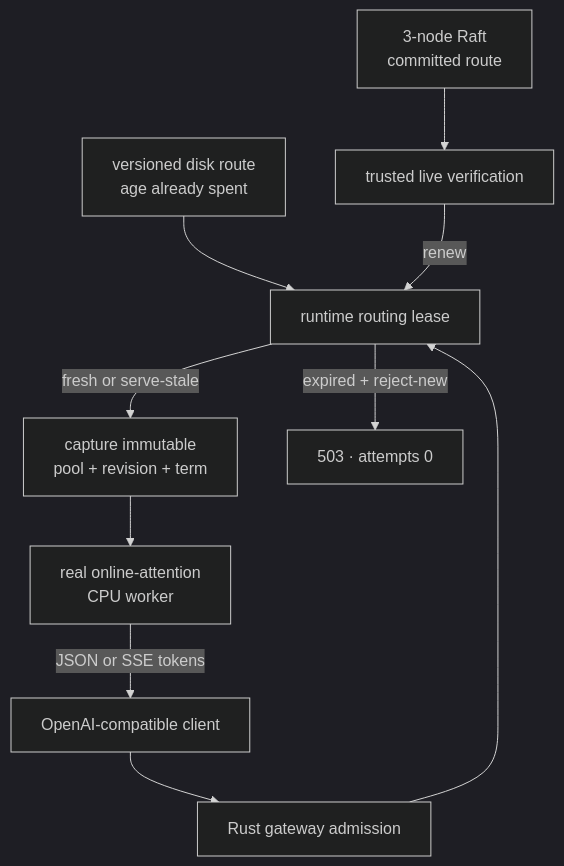
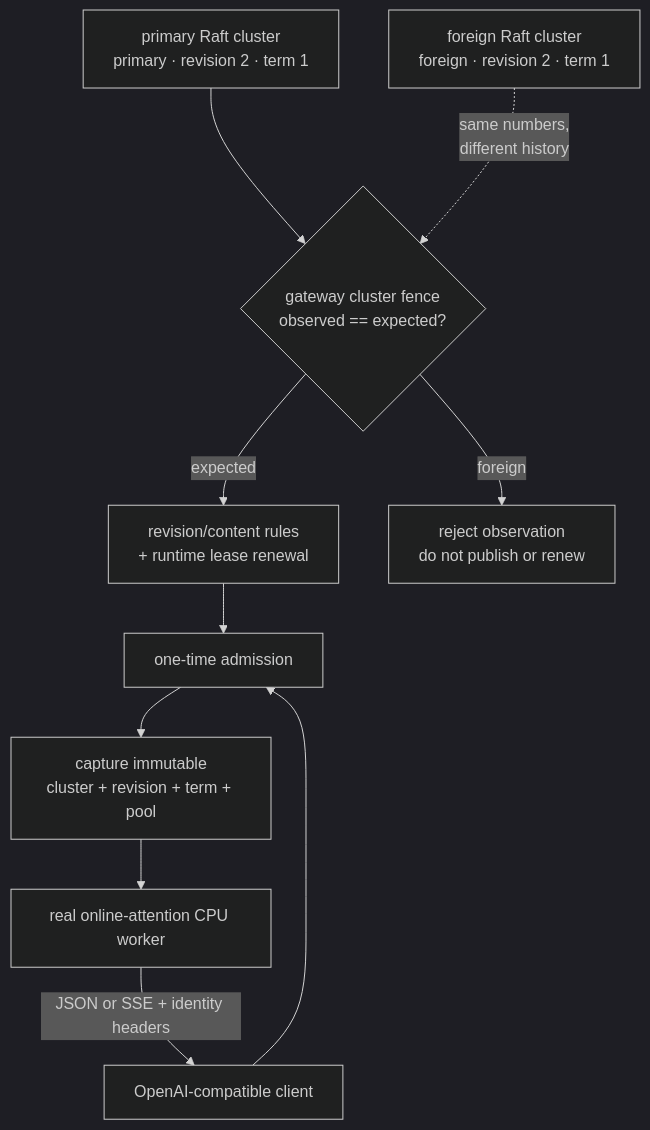
The diagram in README.md (conan505/inferLab), drawn with Mermaid (dark theme) before and after one commit. The commit also changed other lines of this file and 58 other files, not shown here.

Commit message:
v0.17 control-cluster identity fencing

````diff
--- a/README.md
+++ b/README.md
@@ -14,12 +14,12 @@
 ```mermaid
 flowchart TD
-    R["3-node Raft<br/>committed route"] --> Poll["trusted live verification"]
-    D["versioned disk route<br/>age already spent"] --> L["runtime routing lease"]
-    Poll -->|"renew"| L
-    C["OpenAI-compatible client"] --> G["Rust gateway admission"]
-    G --> L
-    L -->|"fresh or serve-stale"| S["capture immutable<br/>pool + revision + term"]
-    L -->|"expired + reject-new"| E["503 · attempts 0"]
-    S --> W["real online-attention<br/>CPU worker"]
-    W -->|"JSON or SSE tokens"| C
+    P["primary Raft cluster<br/>primary · revision 2 · term 1"] --> F{"gateway cluster fence<br/>observed == expected?"}
+    X["foreign Raft cluster<br/>foreign · revision 2 · term 1"] -. "same numbers,<br/>different history" .-> F
+    F -->|"expected"| L["revision/content rules<br/>+ runtime lease renewal"]
+    F -->|"foreign"| R["reject observation<br/>do not publish or renew"]
+    C["OpenAI-compatible client"] --> A["one-time admission"]
+    L --> A
+    A --> S["capture immutable<br/>cluster + revision + term + pool"]
+    S --> W["real online-attention CPU worker"]
+    W -->|"JSON or SSE + identity headers"| C
 ```
````
